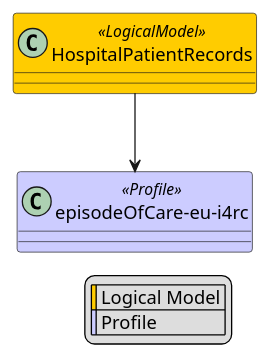
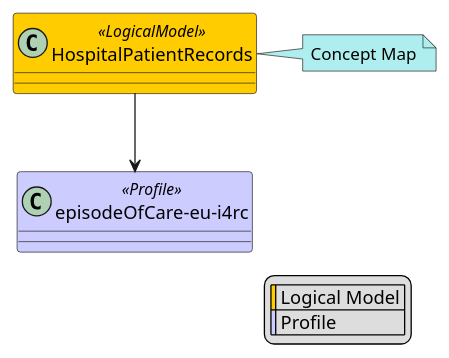
Before and after one commit to hl7-eu/idea4rc: the diagram in input/images-source/map/HospitalPatientRecords-map.plantuml, drawn with PlantUML. The commit also changed 32 other files, not shown here.

```diff
--- a/input/images-source/map/HospitalPatientRecords-map.plantuml
+++ b/input/images-source/map/HospitalPatientRecords-map.plantuml
@@ -1,14 +1,17 @@
 @startuml
 skinparam class {
     BackgroundColor<<LogicalModel>> #FFCC00
     BackgroundColor<<Profile>> #CCCCFF
 }
 skinparam linetype ortho
 legend right
   | <#FFCC00> | Logical Model |
   | <#CCCCFF> | Profile |
 endlegend
 class "HospitalPatientRecords" <<LogicalModel>> [[StructureDefinition-HospitalPatientRecords.html]]
+note right #PaleTurquoise [[ConceptMap-hospitalPatientRecords2FHIR.html]]
+Concept Map
+endnote
 class "episodeOfCare-eu-i4rc" <<Profile>> [[StructureDefinition-episodeOfCare-eu-i4rc.html]]
 "HospitalPatientRecords" --> "episodeOfCare-eu-i4rc"
 @enduml
```
